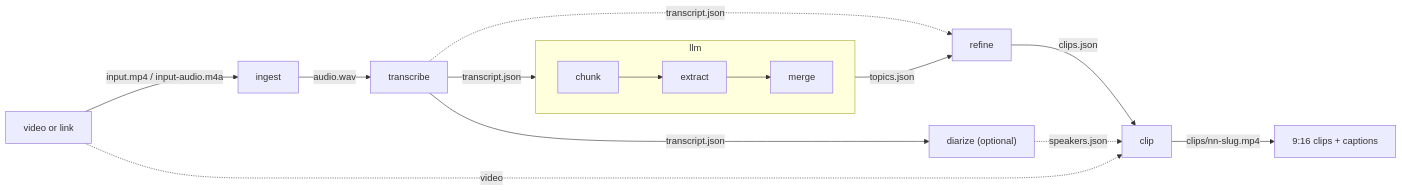
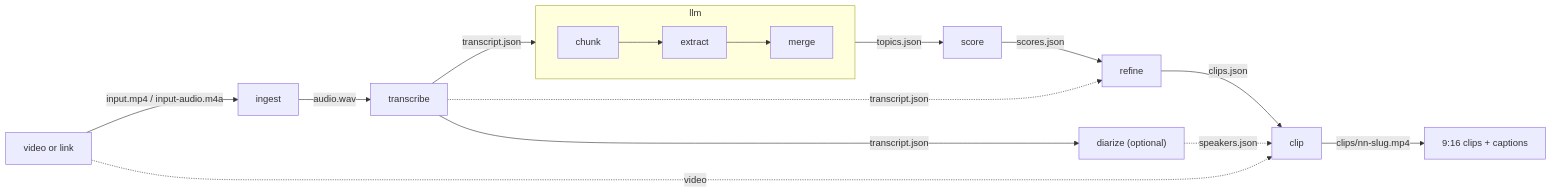
One commit to YassineMessioui/Echo changed the diagram in README.md. Above: the diagram before and after it, drawn with Mermaid. The commit also changed other lines of this file and 8 other files, not shown here.

````diff
--- a/README.md
+++ b/README.md
@@ -31,17 +31,18 @@
 ```mermaid
 flowchart LR
   V["video or link"] -->|"input.mp4 / input-audio.m4a"| I["ingest"]
   I -->|"audio.wav"| T["transcribe"]
   T -->|"transcript.json"| D["diarize (optional)"]
   T -->|"transcript.json"| C
   subgraph L["llm"]
     direction LR
     C["chunk"] --> E["extract"] --> M["merge"]
   end
-  M -->|"topics.json"| R["refine"]
+  M -->|"topics.json"| S["score"]
+  S -->|"scores.json"| R["refine"]
   T -.->|"transcript.json"| R
   R -->|"clips.json"| K["clip"]
   D -.->|"speakers.json"| K
   V -.->|"video"| K
   K -->|"clips/nn-slug.mp4"| O["9:16 clips + captions"]
 ```
````
